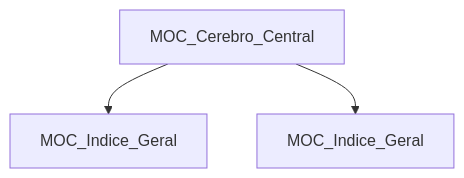
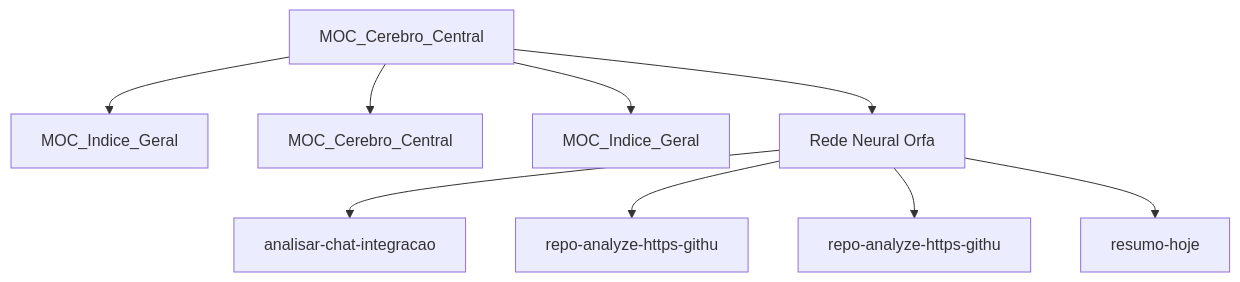
One commit to coelho069/meu-vault changed the diagram in Memoria_Agente/MOC_Cerebro_Central.md. Above: the diagram before and after it, drawn with Mermaid. The commit also changed other lines of this file and 8 other files, not shown here.

First line of the commit message:
conversa(hermes): implementa /analisar_chat e documenta no vault

````diff
--- a/Memoria_Agente/MOC_Cerebro_Central.md
+++ b/Memoria_Agente/MOC_Cerebro_Central.md
@@ -92,6 +98,12 @@
 ```mermaid
 graph TD
     BRAIN[MOC_Cerebro_Central]
     BRAIN --> MOC1[MOC_Indice_Geral]
-    BRAIN --> MOC_2[MOC_Indice_Geral]
+    BRAIN --> MOC_2[MOC_Cerebro_Central]
+    BRAIN --> MOC_3[MOC_Indice_Geral]
+    BRAIN --> ORPHANS[Rede Neural Orfa]
+    ORPHANS --> O0[analisar-chat-integracao]
+    ORPHANS --> O1[repo-analyze-https-githu]
+    ORPHANS --> O2[repo-analyze-https-githu]
+    ORPHANS --> O3[resumo-hoje]
 ```
````
